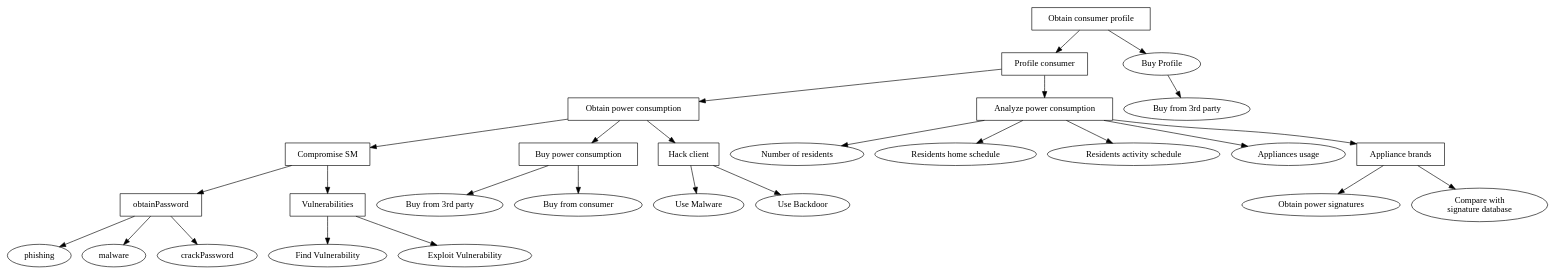
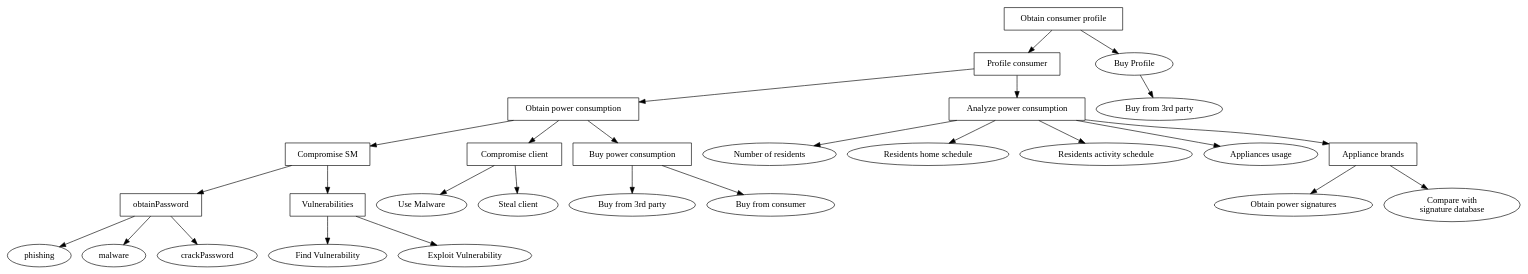
One commit to des904e15/report changed the diagram in figures/graphviz/information_stealing_vs_consumer_tree.dot. Above: the diagram before and after it, drawn with Graphviz.

Commit message:
Removed backdoor and added steal client.
Backdoor is under malware.

This closes #29.

```diff
--- a/figures/graphviz/information_stealing_vs_consumer_tree.dot
+++ b/figures/graphviz/information_stealing_vs_consumer_tree.dot
@@ -1,60 +1,60 @@
 digraph G{
 	node [style=filled fillcolor=white]
 
 	root[label="Obtain consumer profile",shape=OR];	
 
 	root -> profile;
 	buyProfile[label="Buy Profile"];
 	root -> buyProfile;
 
 	buy_third_party2[label="Buy from 3rd party"];
 	buyProfile ->  buy_third_party2;
 
 	profile[label="Profile consumer",shape=AND];
 
 	obtain_information[label="Obtain power consumption",shape=OR];
 	analyse_power_consumption[label="Analyze power consumption",shape=OR];
 
 	compromise_sm[label="Compromise SM",shape=OR];
 	compromise_sm -> obtainPassword;
 	exploitVulnerability[label="Vulnerabilities"];
 		compromise_sm -> exploitVulnerability;
 
 		obtainPassword[shape=OR];
 		obtainPassword -> phishing;
 		malware2[label="malware"];
 		obtainPassword -> malware2;
 		obtainPassword -> crackPassword;
 
 		exploitVulnerability[shape=AND];
 		findVuln[label="Find Vulnerability"];
 		exploitVulnerability -> findVuln;
 		exploitVuln[label="Exploit Vulnerability"];
 		exploitVulnerability -> exploitVuln;
 
-	buy_information[label="Buy power consumption",shape=OR]
-	hack_client[label="Hack client",shape=OR];
+		hack_client[label="Compromise client",shape=OR];
+		buy_information[label="Buy power consumption",shape=OR];
 	residents[label="Number of residents"];
 	home[label="Residents home schedule"];
 	activity_residents[label="Residents activity schedule"];
 	when_appl[label="Appliances usage"];
 	what_appl[label="Appliance brands",shape=AND];
 
 	buy_third_party[label="Buy from 3rd party"];
 	buy_from_consumer[label="Buy from consumer"];
 	
 	malware[label="Use Malware"];
-	backdoor[label="Use Backdoor"];
+	physical[label="Steal client"];
 	power_signatures[label="Obtain power signatures"];
-	power_compare[label="Compare with \nsignature database"]
+	power_compare[label="Compare with \nsignature database"];
 	
 
 	profile -> obtain_information, analyse_power_consumption;
-	obtain_information -> compromise_sm, buy_information, hack_client;
+	obtain_information -> compromise_sm, hack_client, buy_information;
 	analyse_power_consumption ->  residents, activity_residents, home, when_appl, what_appl;
 	buy_information -> buy_third_party, buy_from_consumer;
-	hack_client -> malware, backdoor;
+	hack_client -> malware, physical;
 
 	what_appl -> power_signatures, power_compare;
 	
 	}
```
